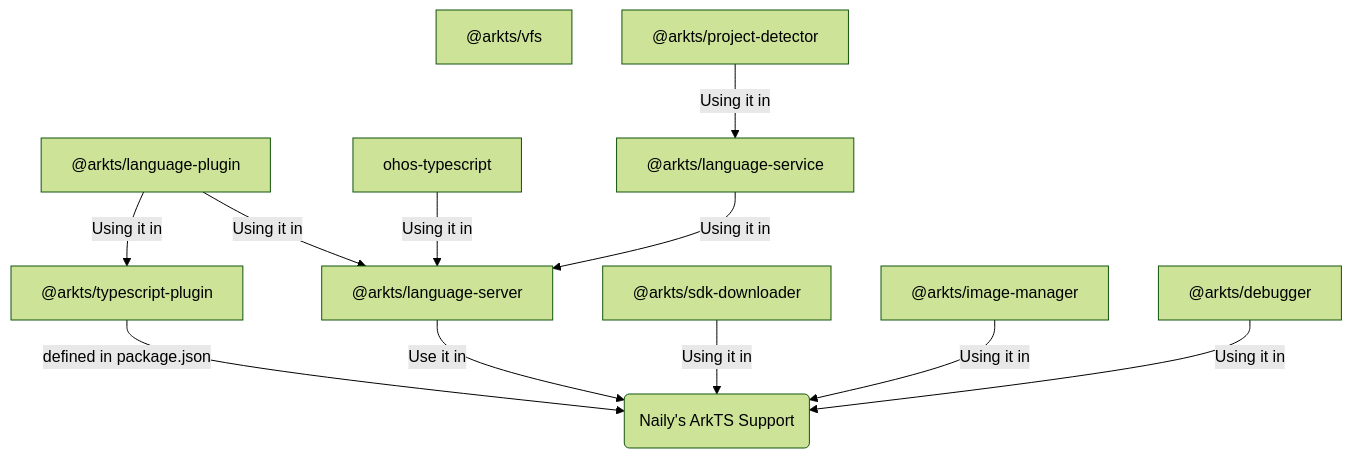
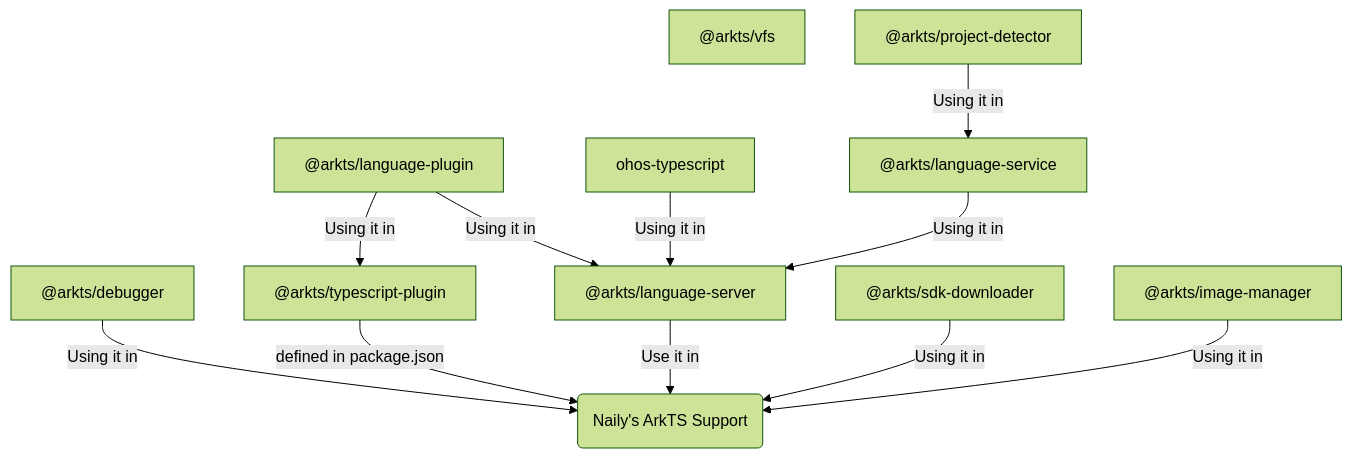
Before and after one commit to ohosvscode/docs: the diagram in src/content/docs/arkts/architecture.mdx, drawn with Mermaid (forest theme). The commit also changed other lines of this file, not shown here.

````diff
--- a/src/content/docs/arkts/architecture.mdx
+++ b/src/content/docs/arkts/architecture.mdx
@@ -11,14 +11,14 @@
 ```mermaid
 flowchart TD
   ETS-VFS["@arkts/vfs"]
+  ETS-PROJECT-DETECTOR["@arkts/project-detector"] -->|"Using it in"| ETS-LANG-SERVICE
+  ETS-DEBUGGER["@arkts/debugger"] -->|"Using it in"| VSCODE-EXTENSION
   ETS-LANG-PLUGIN["@arkts/language-plugin"] -->|"Using it in"| ETS-TS-PLUGIN["@arkts/typescript-plugin"]
   ETS-LANG-PLUGIN -->|"Using it in"| ETS-LSP["@arkts/language-server"]
   OHOS-TS-PLUGIN["ohos-typescript"] -->|"Using it in"| ETS-LSP
   ETS-TS-PLUGIN -->|"defined in package.json"| VSCODE-EXTENSION("Naily's ArkTS Support")
   ETS-LSP -->|"Use it in"| VSCODE-EXTENSION
   ETS-SDK-DOWNLOADER["@arkts/sdk-downloader"] -->|"Using it in"| VSCODE-EXTENSION
   ETS-IMAGE-MANAGER["@arkts/image-manager"] -->|"Using it in"| VSCODE-EXTENSION
   ETS-LANG-SERVICE["@arkts/language-service"] -->|"Using it in"| ETS-LSP
-  ETS-PROJECT-DETECTOR["@arkts/project-detector"] -->|"Using it in"| ETS-LANG-SERVICE
-  ETS-DEBUGGER["@arkts/debugger"] -->|"Using it in"| VSCODE-EXTENSION
 ```
````
